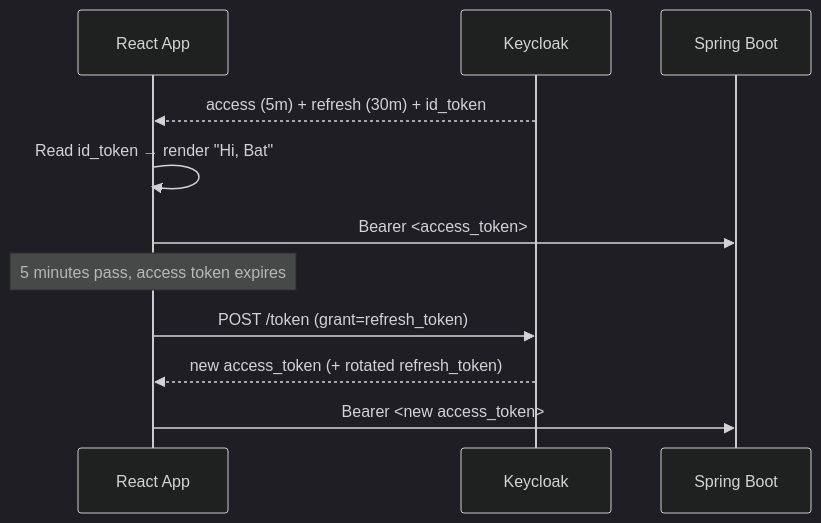
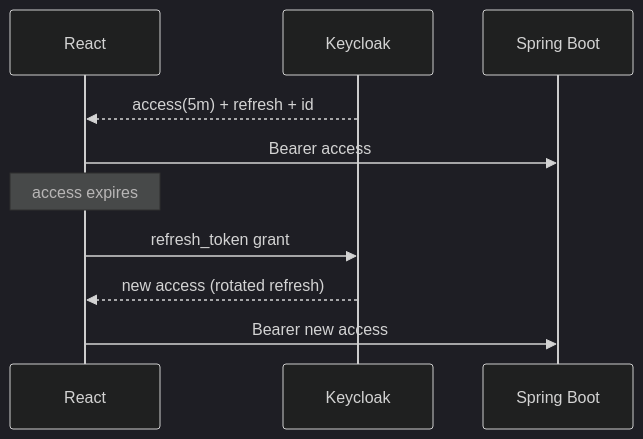
Before and after one commit to zerotechmn/multi-tenant-architecture: the third of 4 diagrams in docs/keycloak.md, drawn with Mermaid (dark theme). The commit also changed other lines of this file, not shown here.

````diff
--- a/docs/keycloak.md
+++ b/docs/keycloak.md
@@ -358,14 +241,12 @@
 ```mermaid
 sequenceDiagram
-    participant FE as React App
+    participant FE as React
     participant KC as Keycloak
     participant API as Spring Boot
-
-    KC-->>FE: access (5m) + refresh (30m) + id_token
-    FE->>FE: Read id_token → render "Hi, Bat"
-    FE->>API: Bearer <access_token>
-    Note over FE: 5 minutes pass, access token expires
-    FE->>KC: POST /token (grant=refresh_token)
-    KC-->>FE: new access_token (+ rotated refresh_token)
-    FE->>API: Bearer <new access_token>
+    KC-->>FE: access(5m) + refresh + id
+    FE->>API: Bearer access
+    Note over FE: access expires
+    FE->>KC: refresh_token grant
+    KC-->>FE: new access (rotated refresh)
+    FE->>API: Bearer new access
 ```
````
